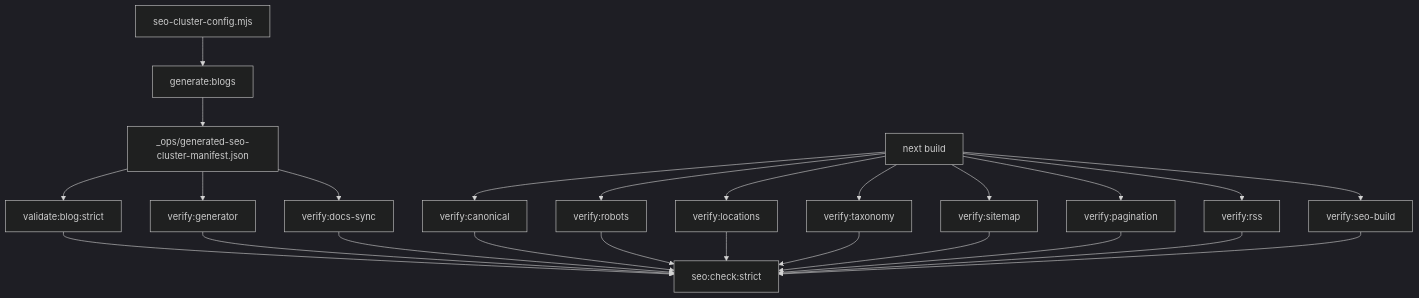
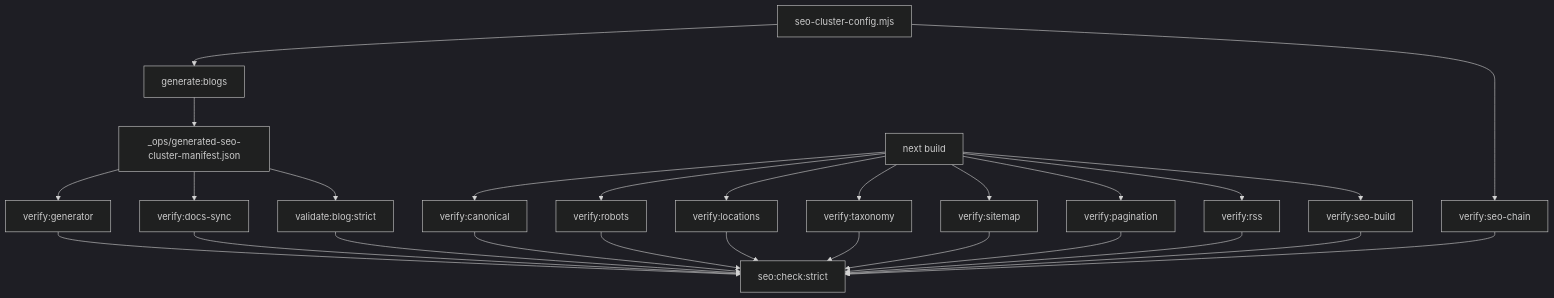
One commit to AmanVatsSharma/Gajanan-Maharaj-Sansthan changed the diagram in scripts/MODULE_DOC.md. Above: the diagram before and after it, drawn with Mermaid (dark theme). The commit also changed other lines of this file and 6 other files, not shown here.

````diff
--- a/scripts/MODULE_DOC.md
+++ b/scripts/MODULE_DOC.md
@@ -32,27 +33,29 @@
 ```mermaid
 flowchart TD
   cfg[seo-cluster-config.mjs] --> gen[generate:blogs]
   gen --> manifest[_ops/generated-seo-cluster-manifest.json]
   manifest --> verifyGen[verify:generator]
+  cfg --> verifyChain[verify:seo-chain]
   manifest --> verifyDocs[verify:docs-sync]
   manifest --> validate[validate:blog:strict]
   validate --> seoCheck[seo:check:strict]
+  verifyChain --> seoCheck
   verifyGen --> seoCheck
   verifyDocs --> seoCheck
   build[next build] --> verifyCanon[verify:canonical]
   build --> verifyRobots[verify:robots]
   build --> verifyLocations[verify:locations]
   build --> verifyTaxonomy[verify:taxonomy]
   build --> verifySitemap[verify:sitemap]
   build --> verifyPagination[verify:pagination]
   build --> verifyRss[verify:rss]
   build --> verifySeoBuild[verify:seo-build]
   verifyCanon --> seoCheck
   verifyRobots --> seoCheck
   verifyLocations --> seoCheck
   verifyTaxonomy --> seoCheck
   verifySitemap --> seoCheck
   verifyPagination --> seoCheck
   verifyRss --> seoCheck
   verifySeoBuild --> seoCheck
 ```
````
